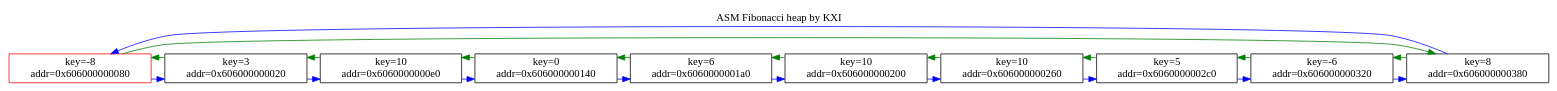
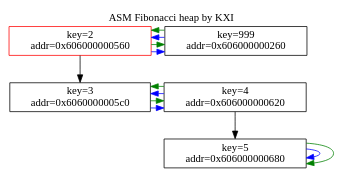
One commit to kxigor/FibHeap changed the diagram in fib_heap.dot. Above: the diagram before and after it, drawn with Graphviz. The commit also changed 7 other files, not shown here.

```diff
--- a/fib_heap.dot
+++ b/fib_heap.dot
@@ -1,48 +1,32 @@
 digraph G {
 labelloc="t"
 label="ASM Fibonacci heap by KXI"
 rankdir=TB;
 node [shape=box];
-{ rank=same; n0x606000000080 [label="key=-8
-addr=0x606000000080"];
-n0x606000000080 [color=red];
-n0x606000000080 -> n0x606000000020 [color=blue];
-n0x606000000080 -> n0x606000000380 [color=green];
-n0x606000000020 [label="key=3
-addr=0x606000000020"];
-n0x606000000020 -> n0x6060000000e0 [color=blue];
-n0x606000000020 -> n0x606000000080 [color=green];
-n0x6060000000e0 [label="key=10
-addr=0x6060000000e0"];
-n0x6060000000e0 -> n0x606000000140 [color=blue];
-n0x6060000000e0 -> n0x606000000020 [color=green];
-n0x606000000140 [label="key=0
-addr=0x606000000140"];
-n0x606000000140 -> n0x6060000001a0 [color=blue];
-n0x606000000140 -> n0x6060000000e0 [color=green];
-n0x6060000001a0 [label="key=6
-addr=0x6060000001a0"];
-n0x6060000001a0 -> n0x606000000200 [color=blue];
-n0x6060000001a0 -> n0x606000000140 [color=green];
-n0x606000000200 [label="key=10
-addr=0x606000000200"];
-n0x606000000200 -> n0x606000000260 [color=blue];
-n0x606000000200 -> n0x6060000001a0 [color=green];
-n0x606000000260 [label="key=10
+{ rank=same; n0x606000000560 [label="key=2
+addr=0x606000000560"];
+n0x606000000560 [color=red];
+n0x606000000560 -> n0x606000000260 [color=blue];
+n0x606000000560 -> n0x606000000260 [color=green];
+n0x606000000260 [label="key=999
 addr=0x606000000260"];
-n0x606000000260 -> n0x6060000002c0 [color=blue];
-n0x606000000260 -> n0x606000000200 [color=green];
-n0x6060000002c0 [label="key=5
-addr=0x6060000002c0"];
-n0x6060000002c0 -> n0x606000000320 [color=blue];
-n0x6060000002c0 -> n0x606000000260 [color=green];
-n0x606000000320 [label="key=-6
-addr=0x606000000320"];
-n0x606000000320 -> n0x606000000380 [color=blue];
-n0x606000000320 -> n0x6060000002c0 [color=green];
-n0x606000000380 [label="key=8
-addr=0x606000000380"];
-n0x606000000380 -> n0x606000000080 [color=blue];
-n0x606000000380 -> n0x606000000320 [color=green];
+n0x606000000260 -> n0x606000000560 [color=blue];
+n0x606000000260 -> n0x606000000560 [color=green];
+}
+n0x606000000560 -> n0x6060000005c0 [color=black];
+{ rank=same; n0x6060000005c0 [label="key=3
+addr=0x6060000005c0"];
+n0x6060000005c0 -> n0x606000000620 [color=blue];
+n0x6060000005c0 -> n0x606000000620 [color=green];
+n0x606000000620 [label="key=4
+addr=0x606000000620"];
+n0x606000000620 -> n0x6060000005c0 [color=blue];
+n0x606000000620 -> n0x6060000005c0 [color=green];
+}
+n0x606000000620 -> n0x606000000680 [color=black];
+{ rank=same; n0x606000000680 [label="key=5
+addr=0x606000000680"];
+n0x606000000680 -> n0x606000000680 [color=blue];
+n0x606000000680 -> n0x606000000680 [color=green];
 }
 }
```
